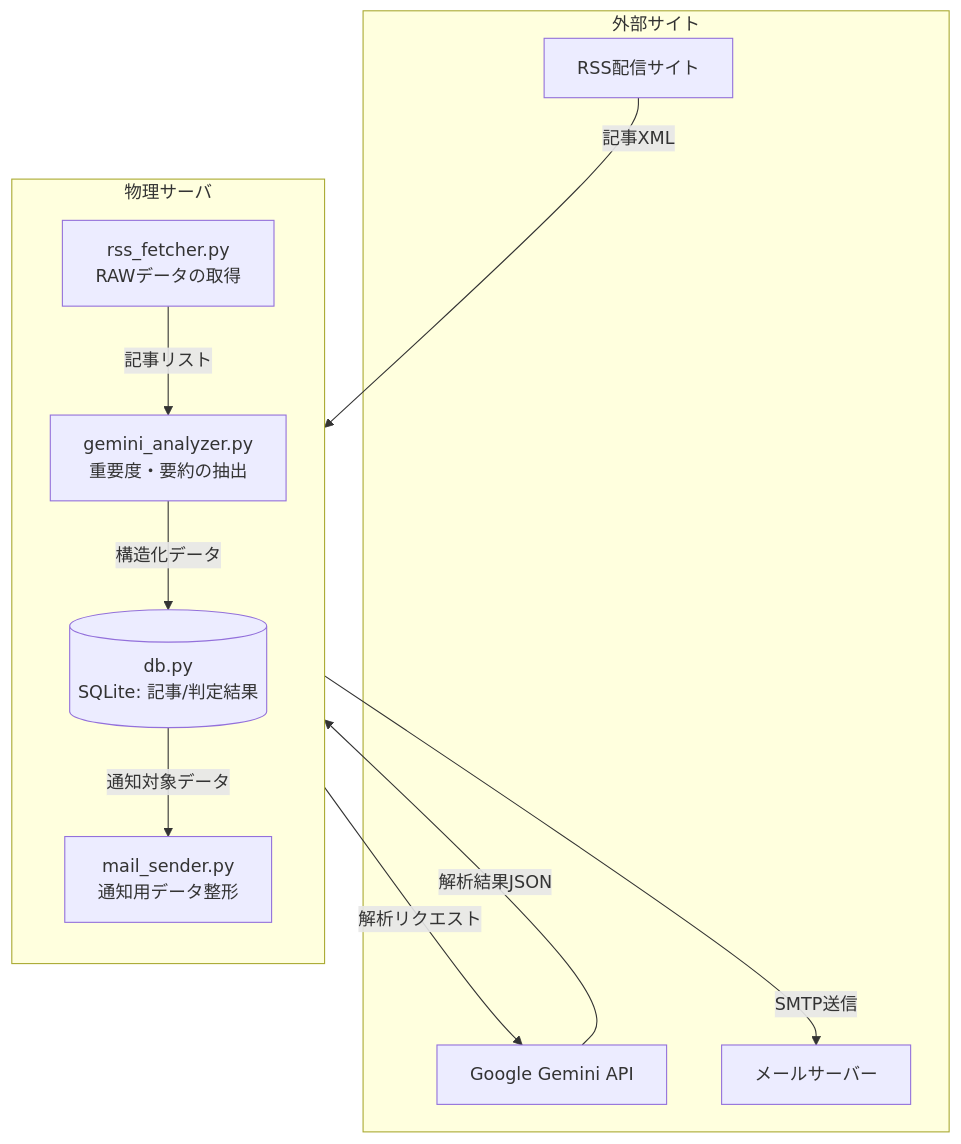
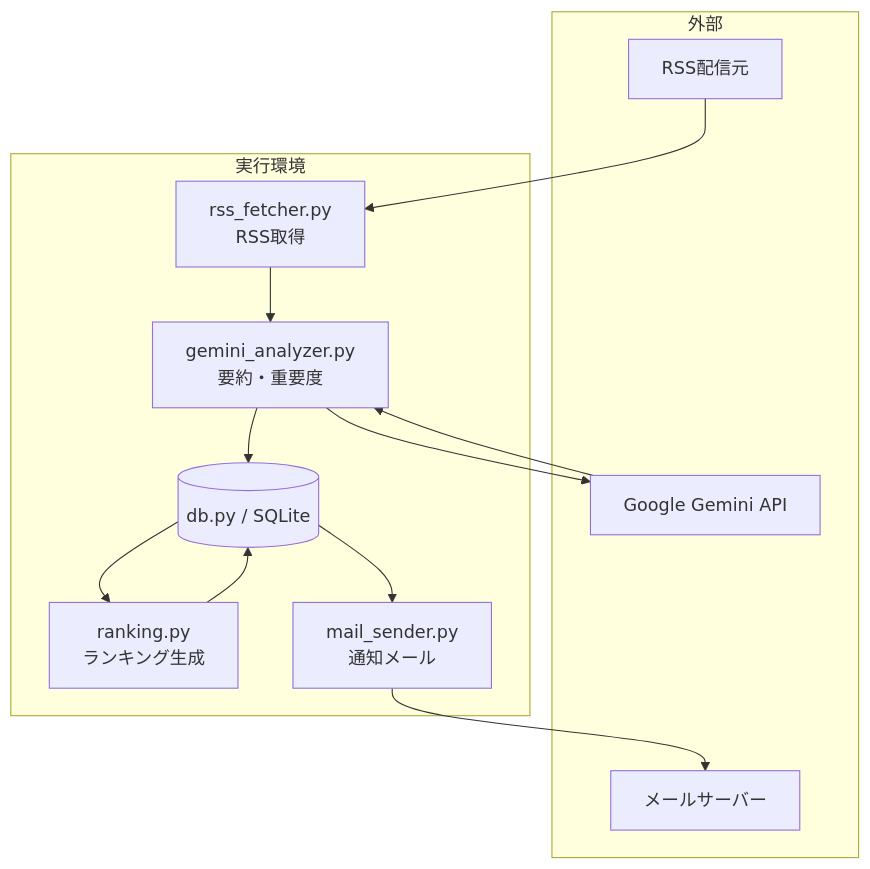
The first of 2 diagrams in README.md (neucorino/itnews-autocollector), drawn with Mermaid before and after one commit. The commit also changed other lines of this file, not shown here.

````diff
--- a/README.md
+++ b/README.md
@@ -103,27 +102,26 @@
 ```mermaid
 flowchart TD
-    %% 外部要素
-    subgraph External [外部サイト]
-        Web[RSS配信サイト]
+    subgraph External [外部]
+        Web[RSS配信元]
         GeminiAPI[Google Gemini API]
-        STMP[メールサーバー]
+        SMTP[メールサーバー]
     end
 
-    %% アプリ内部のデータの流れ
-    subgraph MiniPC [物理サーバ]
-        direction TB
-        fetch[rss_fetcher.py<br/>RAWデータの取得]
-        analyze[gemini_analyzer.py<br/>重要度・要約の抽出]
-        storage[(db.py<br/>SQLite: 記事/判定結果)]
-        notify[mail_sender.py<br/>通知用データ整形]
+    subgraph Server [実行環境]
+        fetch[rss_fetcher.py<br/>RSS取得]
+        analyze[gemini_analyzer.py<br/>要約・重要度]
+        storage[(db.py / SQLite)]
+        rank[ranking.py<br/>ランキング生成]
+        notify[mail_sender.py<br/>通知メール]
     end
 
-    %% フローの定義
-    Web -- 記事XML --> fetch
-    fetch -- 記事リスト --> analyze
-    analyze -- 解析リクエスト --> GeminiAPI
-    GeminiAPI -- 解析結果JSON --> analyze
-    analyze -- 構造化データ --> storage
-    storage -- 通知対象データ --> notify
-    notify -- SMTP送信 --> STMP
+    Web --> fetch
+    fetch --> analyze
+    analyze --> GeminiAPI
+    GeminiAPI --> analyze
+    analyze --> storage
+    storage --> rank
+    rank --> storage
+    storage --> notify
+    notify --> SMTP
 ```
````
